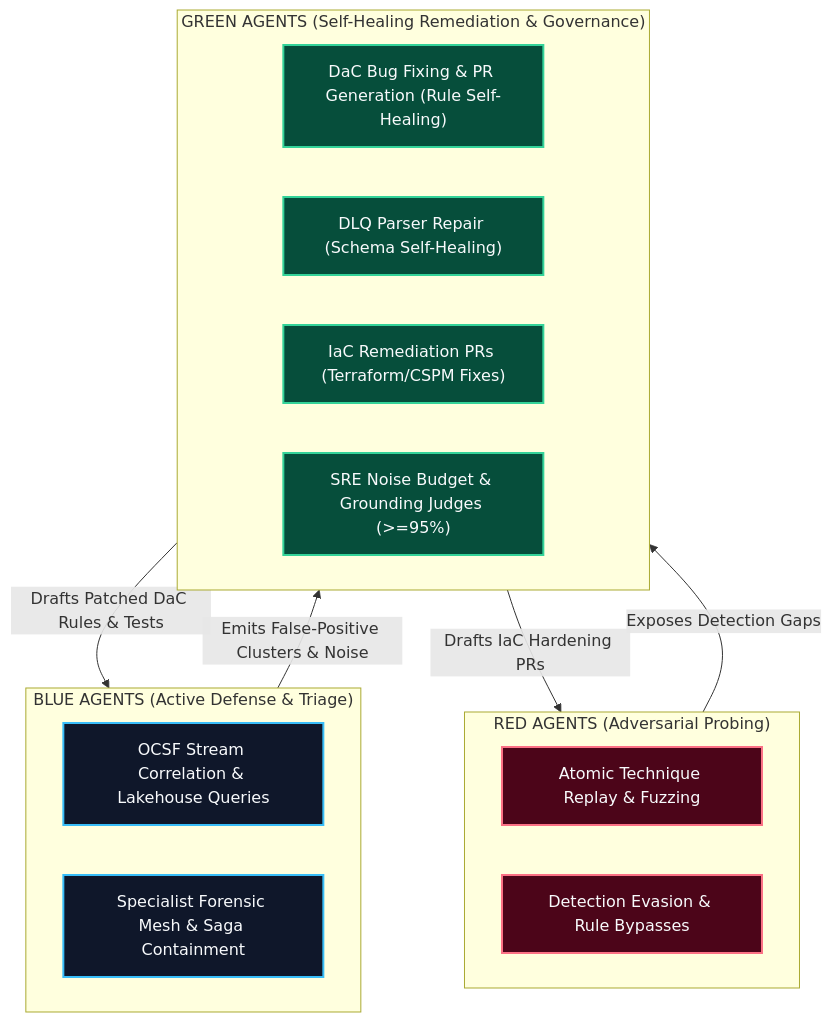
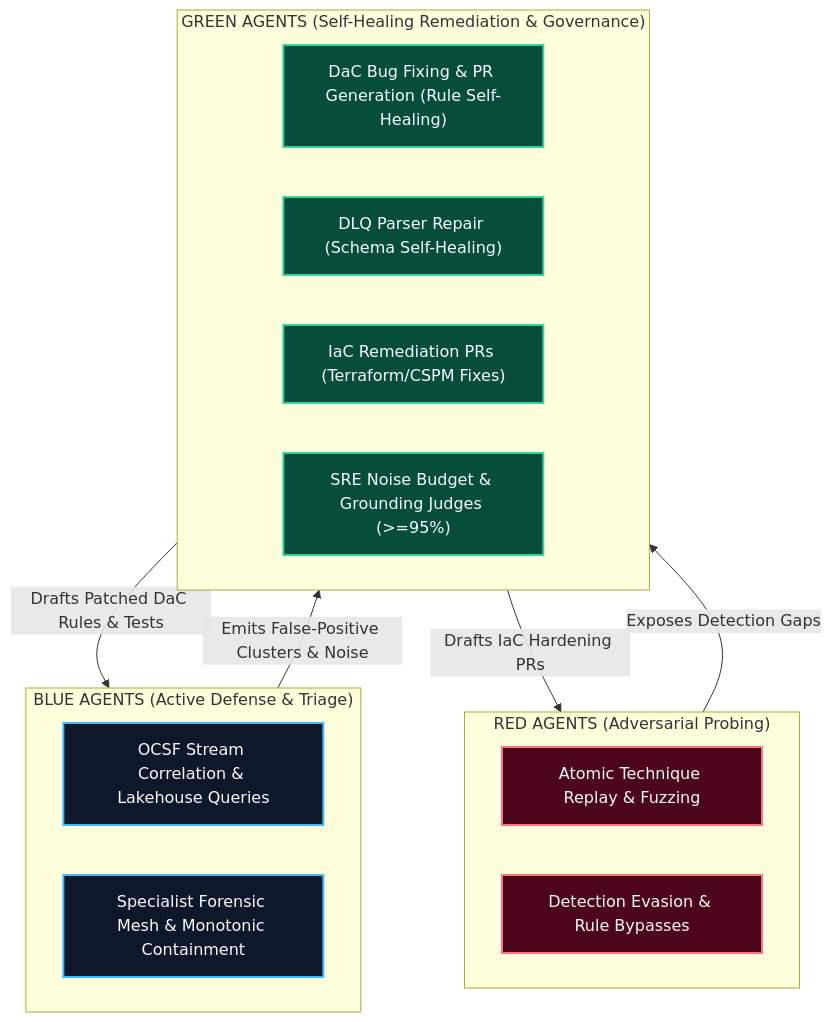
Before and after one commit to Haribu/TIDIR: the second of 6 diagrams in docs/architecture/components/06-ai-orchestration.md, drawn with Mermaid. The commit also changed other lines of this file and 10 other files, not shown here.

Commit message:
refactor(diagrams): harmonize remaining component diagrams to monotonic containment

````diff
--- a/docs/architecture/components/06-ai-orchestration.md
+++ b/docs/architecture/components/06-ai-orchestration.md
@@ -120,28 +120,28 @@
 ```mermaid
 flowchart TB
   classDef red fill:#4c0519,stroke:#fb7185,stroke-width:2px,color:#f8fafc;
   classDef blue fill:#0f172a,stroke:#38bdf8,stroke-width:2px,color:#f8fafc;
   classDef green fill:#064e3b,stroke:#34d399,stroke-width:2px,color:#f8fafc;
 
   subgraph RED_PLANE ["RED AGENTS (Adversarial Probing)"]
     R1["Atomic Technique Replay & Fuzzing"]:::red
     R2["Detection Evasion & Rule Bypasses"]:::red
   end
 
   subgraph BLUE_PLANE ["BLUE AGENTS (Active Defense & Triage)"]
     B1["OCSF Stream Correlation & Lakehouse Queries"]:::blue
-    B2["Specialist Forensic Mesh & Saga Containment"]:::blue
+    B2["Specialist Forensic Mesh & Monotonic Containment"]:::blue
   end
 
   subgraph GREEN_PLANE ["GREEN AGENTS (Self-Healing Remediation & Governance)"]
     G1["DaC Bug Fixing & PR Generation (Rule Self-Healing)"]:::green
     G2["DLQ Parser Repair (Schema Self-Healing)"]:::green
     G3["IaC Remediation PRs (Terraform/CSPM Fixes)"]:::green
     G4["SRE Noise Budget & Grounding Judges (>=95%)"]:::green
   end
 
   RED_PLANE -->|Exposes Detection Gaps| GREEN_PLANE
   BLUE_PLANE -->|Emits False-Positive Clusters & Noise| GREEN_PLANE
   GREEN_PLANE -->|Drafts Patched DaC Rules & Tests| BLUE_PLANE
   GREEN_PLANE -->|Drafts IaC Hardening PRs| RED_PLANE
 ```
````
